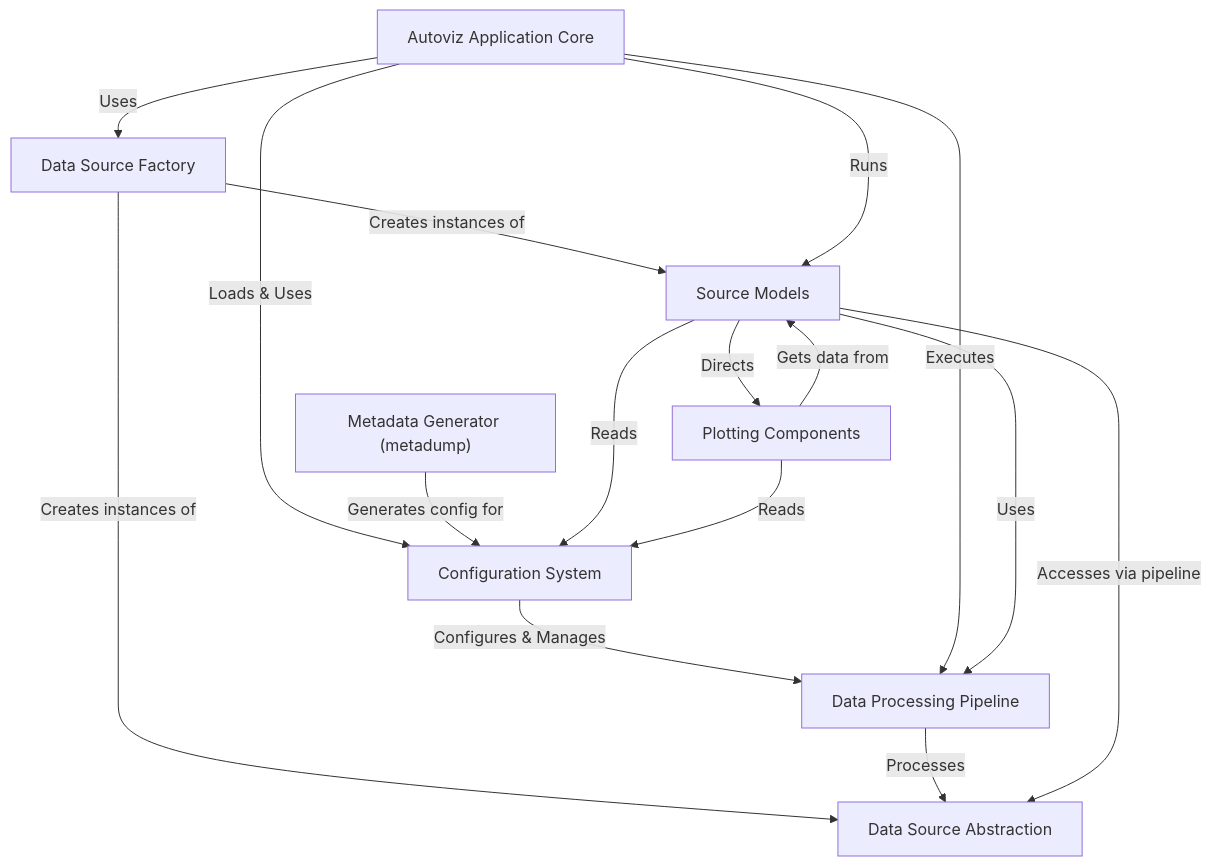
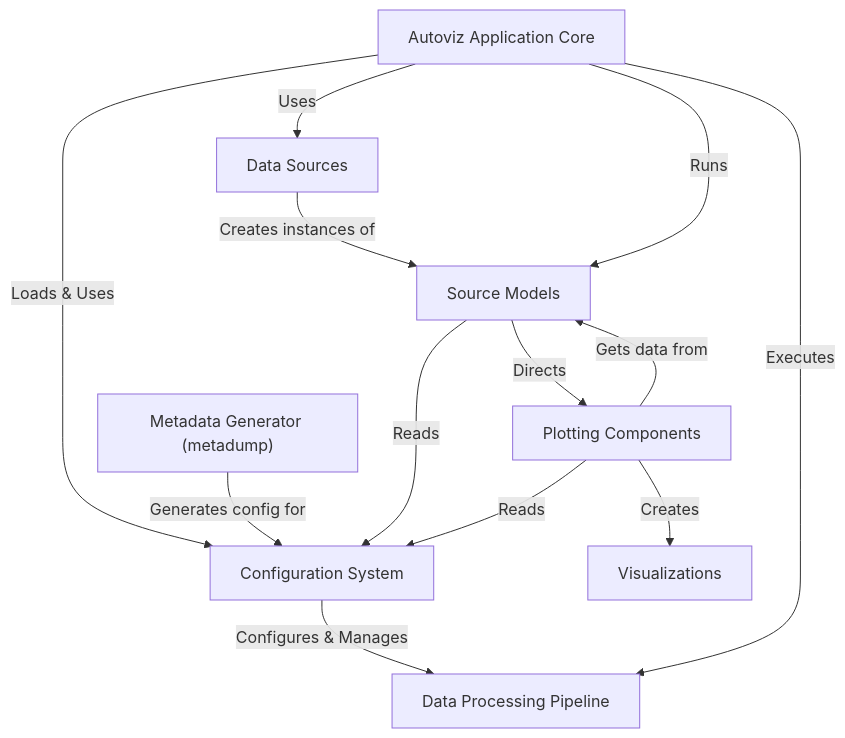
One commit to cacruz/eviz-dev changed the diagram in docs/tutorial/index.md. Above: the diagram before and after it, drawn with Mermaid. The commit also changed other lines of this file and 1 other file, not shown here.

Commit message:
Update doc diagrams

````diff
--- a/docs/tutorial/index.md
+++ b/docs/tutorial/index.md
@@ -14,34 +14,31 @@
 ```{mermaid}
 flowchart TD
     A0["Configuration System
 "]
-    A1["Data Source Abstraction
+    A1["Visualizations
 "]
     A2["Data Processing Pipeline
 "]
     A3["Source Models
 "]
-    A4["Data Source Factory
+    A4["Data Sources
 "]
     A5["Plotting Components
 "]
     A6["Autoviz Application Core
 "]
     A7["Metadata Generator (metadump)
 "]
     A6 -- "Loads & Uses" --> A0
-    A7 -- "Generates config for" --> A0
     A0 -- "Configures & Manages" --> A2
     A6 -- "Uses" --> A4
     A4 -- "Creates instances of" --> A3
-    A4 -- "Creates instances of" --> A1
     A6 -- "Runs" --> A3
-    A6 -- "Executes" --> A2
-    A3 -- "Uses" --> A2
-    A2 -- "Processes" --> A1
-    A3 -- "Accesses via pipeline" --> A1
     A3 -- "Reads" --> A0
     A5 -- "Reads" --> A0
+    A5 -- "Creates" --> A1
     A3 -- "Directs" --> A5
     A5 -- "Gets data from" --> A3
+    A6 -- "Executes" --> A2
+    A7 -- "Generates config for" --> A0
 ```
````
